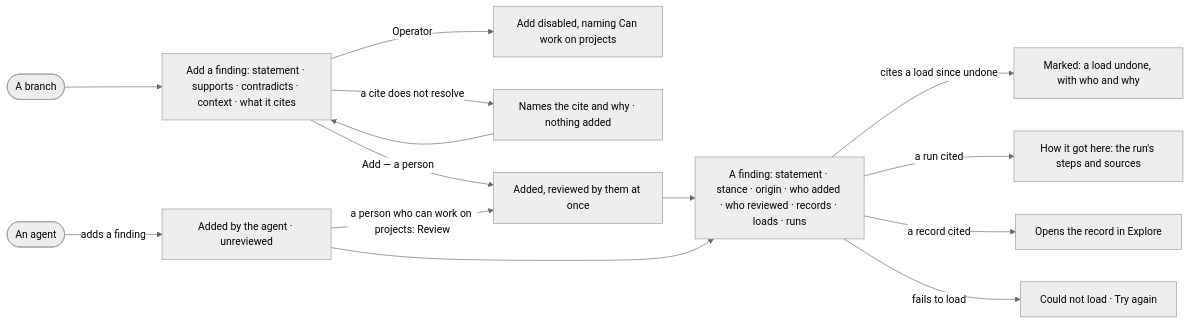
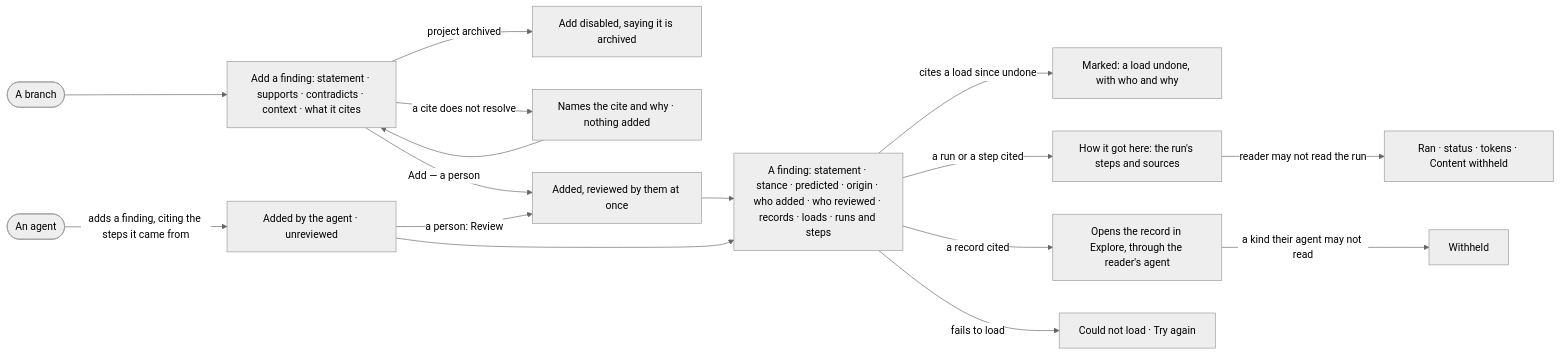
The diagram in specs/capabilities/projects/features/PJ-F03-branches-findings-and-decisions/stories/PJ-06-weigh-a-finding-and-the-records-behind-it/story.md (invana/invana), drawn with Mermaid (neutral theme) before and after one commit. The commit also changed other lines of this file and 522 other files, not shown here.

````diff
--- a/specs/capabilities/projects/features/PJ-F03-branches-findings-and-decisions/stories/PJ-06-weigh-a-finding-and-the-records-behind-it/story.md
+++ b/specs/capabilities/projects/features/PJ-F03-branches-findings-and-decisions/stories/PJ-06-weigh-a-finding-and-the-records-behind-it/story.md
@@ -29,15 +32,17 @@
 ```mermaid
 flowchart LR
   b([A branch]) --> add["Add a finding: statement · supports · contradicts · context · what it cites"]
-  add -->|Operator| na["Add disabled, naming Can work on projects"]
+  add -->|project archived| na["Add disabled, saying it is archived"]
   add -->|a cite does not resolve| ref["Names the cite and why · nothing added"] --> add
   add -->|Add — a person| rev["Added, reviewed by them at once"]
-  agent([An agent]) -->|adds a finding| unrev["Added by the agent · unreviewed"]
-  unrev -->|a person who can work on projects: Review| rev
-  rev --> f["A finding: statement · stance · origin · who added · who reviewed · records · loads · runs"]
+  agent([An agent]) -->|adds a finding, citing the steps it came from| unrev["Added by the agent · unreviewed"]
+  unrev -->|a person: Review| rev
+  rev --> f["A finding: statement · stance · predicted · origin · who added · who reviewed · records · loads · runs and steps"]
   unrev --> f
   f -->|cites a load since undone| rt["Marked: a load undone, with who and why"]
-  f -->|a run cited| tr["How it got here: the run's steps and sources"]
-  f -->|a record cited| rc["Opens the record in Explore"]
+  f -->|a run or a step cited| tr["How it got here: the run's steps and sources"]
+  tr -->|reader may not read the run| wh["Ran · status · tokens · Content withheld"]
+  f -->|a record cited| rc["Opens the record in Explore, through the reader's agent"]
+  rc -->|a kind their agent may not read| rw["Withheld"]
   f -->|fails to load| x["Could not load · Try again"]
 ```
````
